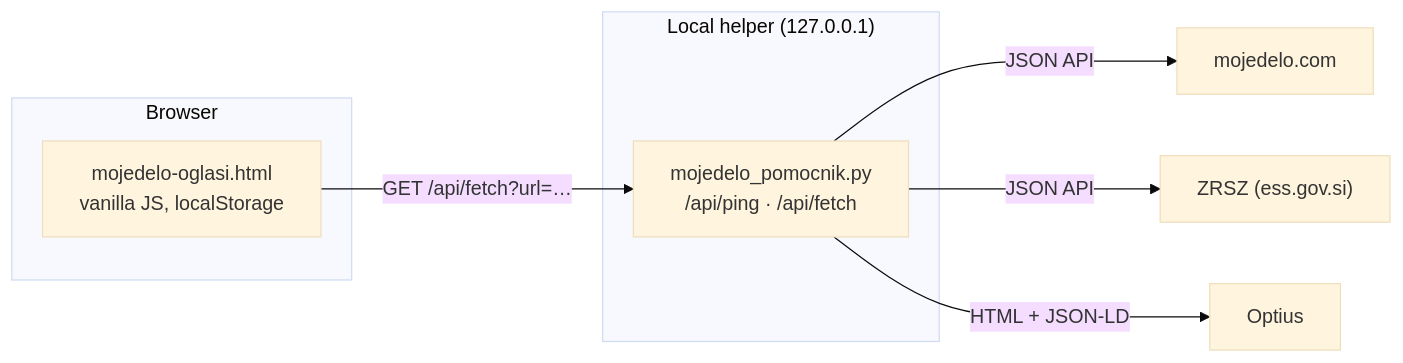
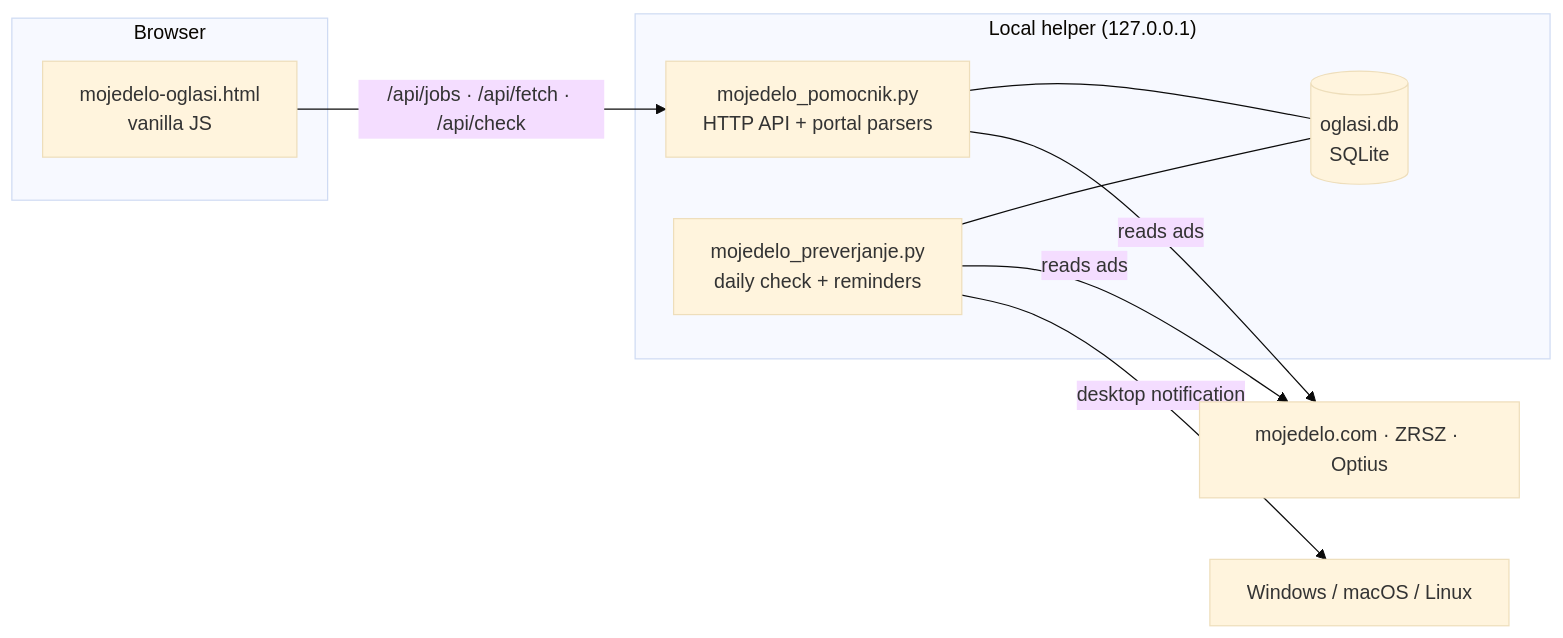
Before and after one commit to Horvatium/job-ad-tracker: the diagram in README.md, drawn with Mermaid (base theme). The commit also changed other lines of this file and 11 other files, not shown here.

Commit message:
Add SQLite storage, daily ad check and desktop deadline reminders

````diff
--- a/README.md
+++ b/README.md
@@ -46,13 +64,17 @@
 ```mermaid
 flowchart LR
     subgraph Browser
-        UI["mojedelo-oglasi.html<br/>vanilla JS, localStorage"]
+        UI["mojedelo-oglasi.html<br/>vanilla JS"]
     end
     subgraph Local["Local helper (127.0.0.1)"]
-        H["mojedelo_pomocnik.py<br/>/api/ping · /api/fetch"]
+        H["mojedelo_pomocnik.py<br/>HTTP API + portal parsers"]
+        DB[("oglasi.db<br/>SQLite")]
+        C["mojedelo_preverjanje.py<br/>daily check + reminders"]
+        H --- DB
+        C --- DB
     end
-    UI -- "GET /api/fetch?url=…" --> H
-    H -- "JSON API" --> M["mojedelo.com"]
-    H -- "JSON API" --> Z["ZRSZ (ess.gov.si)"]
-    H -- "HTML + JSON-LD" --> O["Optius"]
+    UI -- "/api/jobs · /api/fetch · /api/check" --> H
+    C -- "reads ads" --> P["mojedelo.com · ZRSZ · Optius"]
+    H -- "reads ads" --> P
+    C -- "desktop notification" --> N["Windows / macOS / Linux"]
 ```
````
